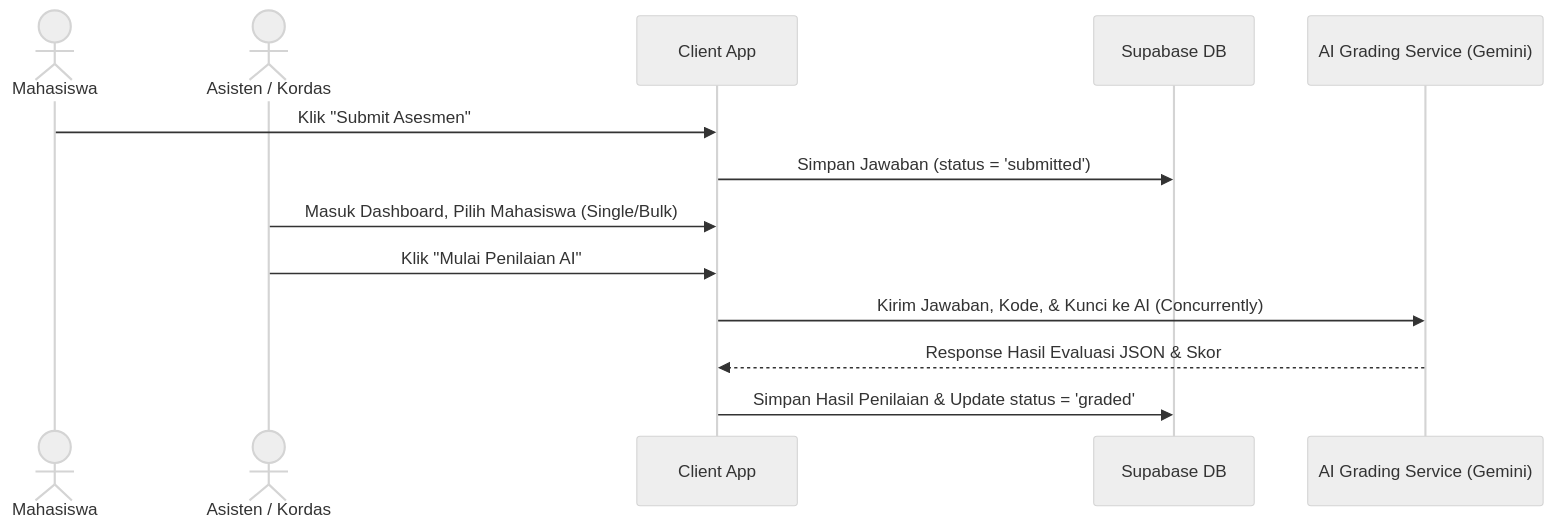
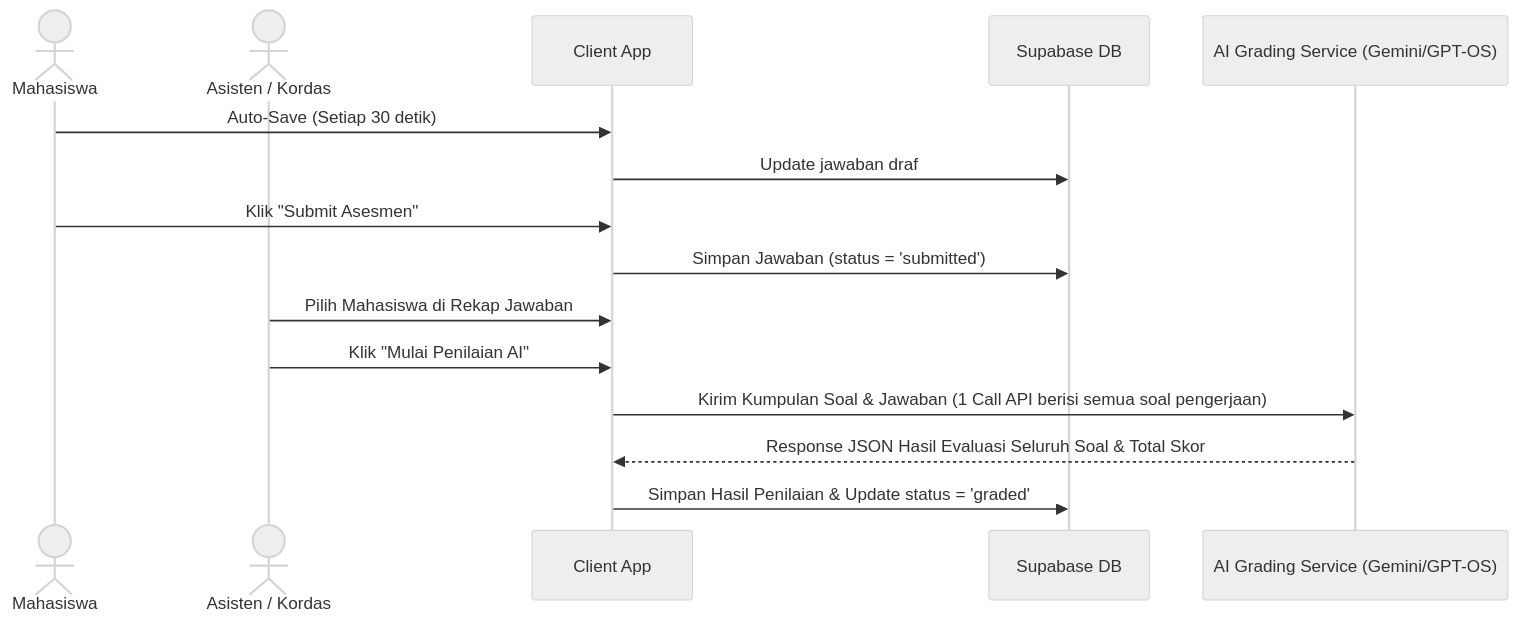
Before and after one commit to Lab-Algoritma-dan-Pemrograman/E-Learning: the diagram in docs/PRD.md, drawn with Mermaid (neutral theme). The commit also changed other lines of this file, not shown here.

Commit message:
docs: update PRD with auto-save and batch grading specifications

````diff
--- a/docs/PRD.md
+++ b/docs/PRD.md
@@ -153,16 +155,18 @@
 ```mermaid
 sequenceDiagram
     actor M as Mahasiswa
     actor A as Asisten / Kordas
     participant C as Client App
     participant S as Supabase DB
-    participant AI as AI Grading Service (Gemini)
+    participant AI as AI Grading Service (Gemini/GPT-OS)
 
+    M->>C: Auto-Save (Setiap 30 detik)
+    C->>S: Update jawaban draf
     M->>C: Klik "Submit Asesmen"
     C->>S: Simpan Jawaban (status = 'submitted')
-    A->>C: Masuk Dashboard, Pilih Mahasiswa (Single/Bulk)
+    A->>C: Pilih Mahasiswa di Rekap Jawaban
     A->>C: Klik "Mulai Penilaian AI"
-    C->>AI: Kirim Jawaban, Kode, & Kunci ke AI (Concurrently)
-    AI-->>C: Response Hasil Evaluasi JSON & Skor
+    C->>AI: Kirim Kumpulan Soal & Jawaban (1 Call API berisi semua soal pengerjaan)
+    AI-->>C: Response JSON Hasil Evaluasi Seluruh Soal & Total Skor
     C->>S: Simpan Hasil Penilaian & Update status = 'graded'
 ```
````
